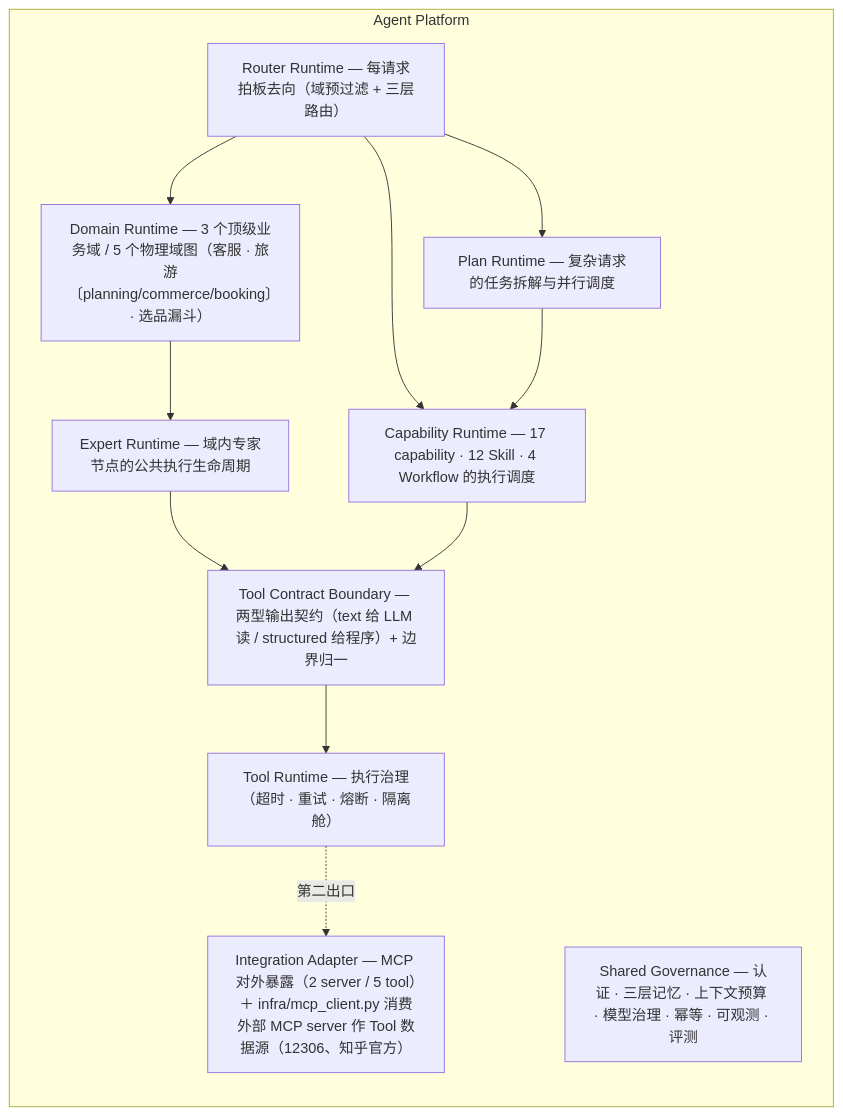
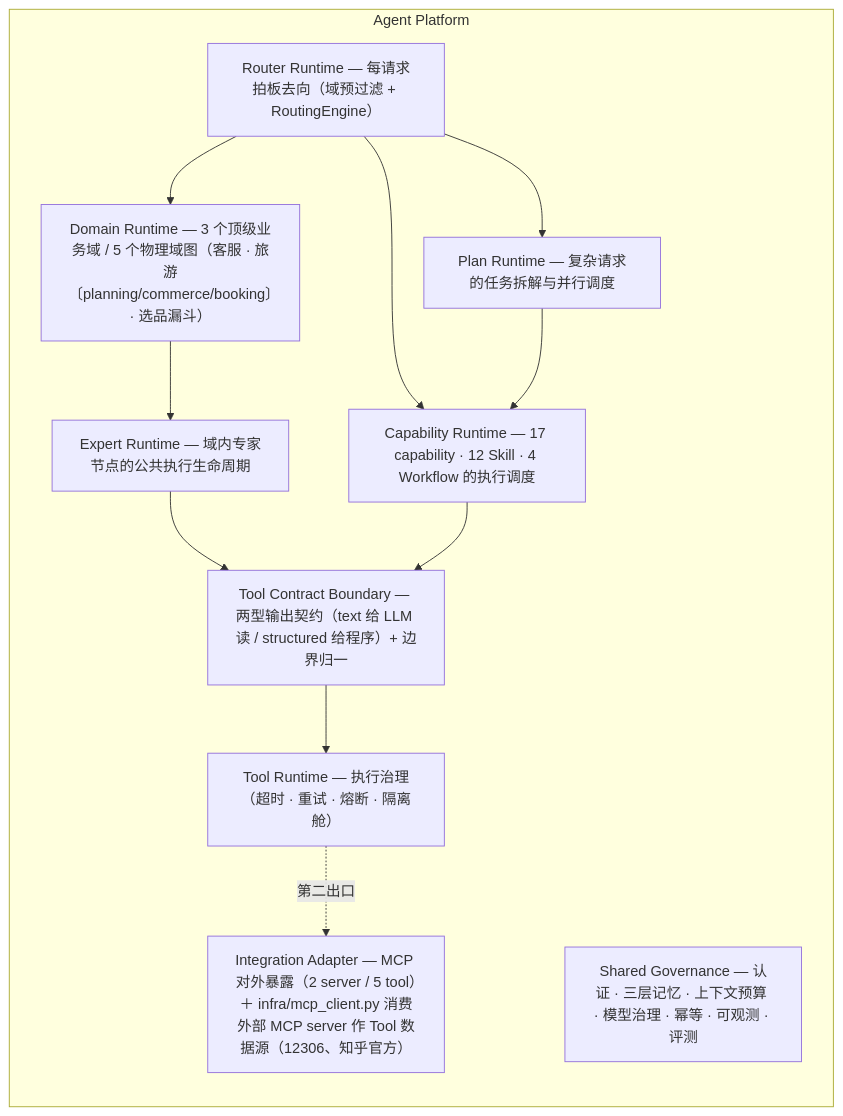
Before and after one commit to Jayus-07/agent: the third of 3 diagrams in README.md, drawn with Mermaid. The commit also changed other lines of this file and 6 other files, not shown here.

First line of the commit message:
docs(routing): 路由层收口文档同步——RoutingEngine 六阶段口径替换三层路由残留

````diff
--- a/README.md
+++ b/README.md
@@ -113,21 +113,21 @@
 ```mermaid
 flowchart TB
     subgraph PLATFORM["Agent Platform"]
         direction TB
-        RR["Router Runtime — 每请求拍板去向（域预过滤 + 三层路由）"]
+        RR["Router Runtime — 每请求拍板去向（域预过滤 + RoutingEngine）"]
         DR["Domain Runtime — 3 个顶级业务域 / 5 个物理域图（客服 · 旅游〔planning/commerce/booking〕· 选品漏斗）"]
         CR["Capability Runtime — 17 capability · 12 Skill · 4 Workflow 的执行调度"]
         PR["Plan Runtime — 复杂请求的任务拆解与并行调度"]
         ER["Expert Runtime — 域内专家节点的公共执行生命周期"]
         TCB["Tool Contract Boundary — 两型输出契约（text 给 LLM 读 / structured 给程序）+ 边界归一"]
         TR["Tool Runtime — 执行治理（超时 · 重试 · 熔断 · 隔离舱）"]
         MCP["Integration Adapter — MCP 对外暴露（2 server / 5 tool）＋ infra/mcp_client.py 消费外部 MCP server 作 Tool 数据源（12306、知乎官方）"]
         GOV["Shared Governance — 认证 · 三层记忆 · 上下文预算 · 模型治理 · 幂等 · 可观测 · 评测"]
         RR --> DR
         RR --> CR
         RR --> PR --> CR
         DR --> ER --> TCB
         CR --> TCB --> TR
         TR -.->|"第二出口"| MCP
     end
 ```
````
